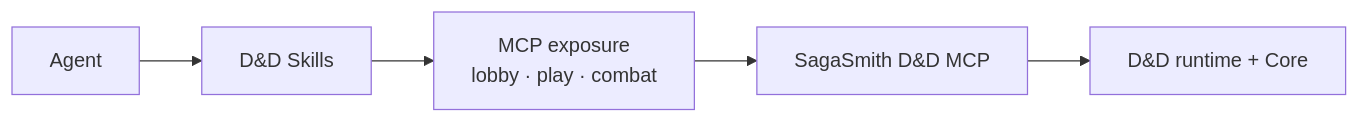
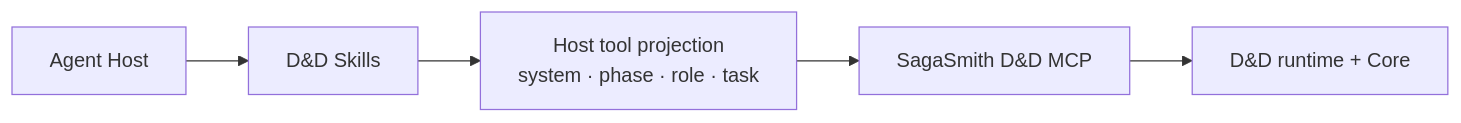
The diagram in skills/README.md (SagaSmithAI/Sagasmith-dnd), drawn with Mermaid before and after one commit. The commit also changed other lines of this file and 16 other files, not shown here.

````diff
--- a/skills/README.md
+++ b/skills/README.md
@@ -22,7 +22,7 @@
 ```mermaid
 flowchart LR
-    A[Agent] --> S[D&D Skills]
-    S --> E[MCP exposure<br/>lobby · play · combat]
-    E --> M[SagaSmith D&D MCP]
+    A[Agent Host] --> S[D&D Skills]
+    S --> P[Host tool projection<br/>system · phase · role · task]
+    P --> M[SagaSmith D&D MCP]
     M --> R[D&D runtime + Core]
 ```
````
